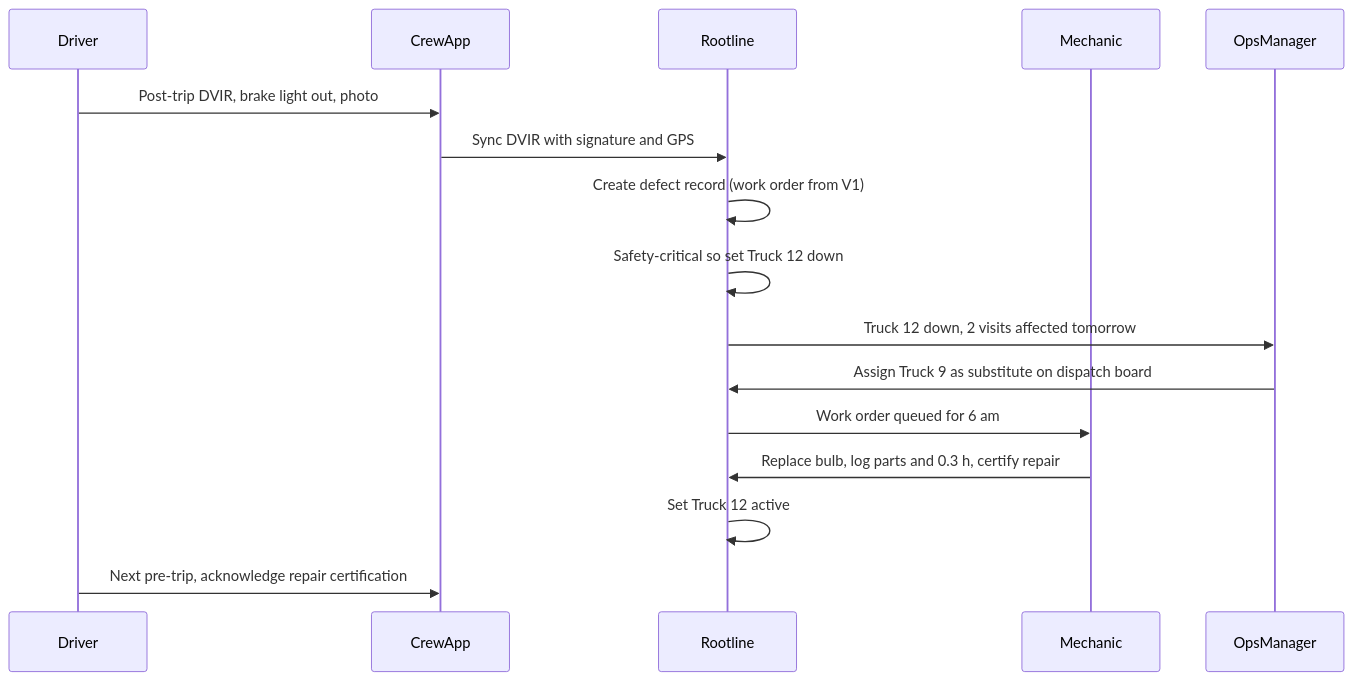
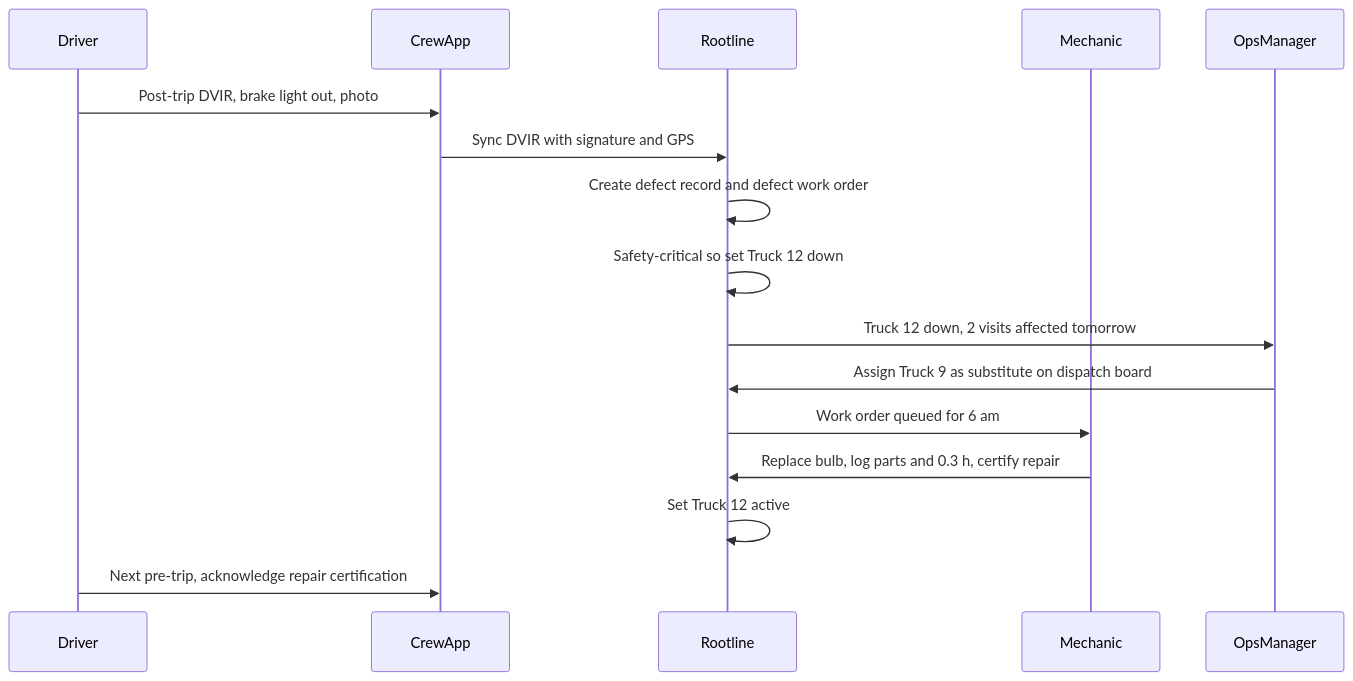
Before and after one commit to jdinard/landscape: the sixth of 14 diagrams in docs/13-operations-inventory-equipment.md, drawn with Mermaid. The commit also changed other lines of this file and 42 other files, not shown here.

````diff
--- a/docs/13-operations-inventory-equipment.md
+++ b/docs/13-operations-inventory-equipment.md
@@ -1156,18 +1153,18 @@
 ```mermaid
 sequenceDiagram
     participant Driver
     participant App as CrewApp
     participant RL as Rootline
     participant Mech as Mechanic
     participant Ops as OpsManager
     Driver->>App: Post-trip DVIR, brake light out, photo
     App->>RL: Sync DVIR with signature and GPS
-    RL->>RL: Create defect record (work order from V1)
+    RL->>RL: Create defect record and defect work order
     RL->>RL: Safety-critical so set Truck 12 down
     RL->>Ops: Truck 12 down, 2 visits affected tomorrow
     Ops->>RL: Assign Truck 9 as substitute on dispatch board
     RL->>Mech: Work order queued for 6 am
     Mech->>RL: Replace bulb, log parts and 0.3 h, certify repair
     RL->>RL: Set Truck 12 active
     Driver->>App: Next pre-trip, acknowledge repair certification
 ```
````
